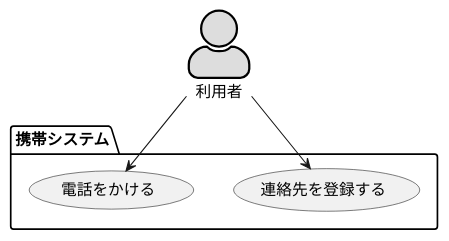
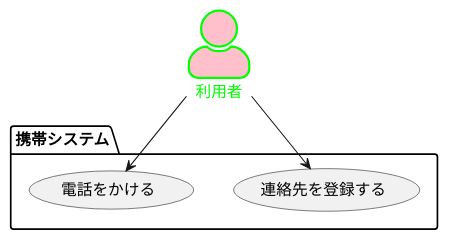
Before and after one commit to kuboi0627/unl-introduction: the diagram in 例題2_UC_システム境界.pu, drawn with PlantUML.

Commit message:
例題２

```diff
--- a/例題2_UC_システム境界.pu
+++ b/例題2_UC_システム境界.pu
@@ -1,11 +1,11 @@
 @startuml ユースケース図
-skinparam actorStyle awesome
+skinparam actorStyle awesome 
 ' left to right direction
-actor #pink;line:red;line.bold;text:red 利用者 #DDDDDD;line:black;line.bold;
+actor 利用者 #pink;line:Lime;line.bold;text:lime;
 package 携帯システム {
 usecase 連絡先を登録する
 usecase 電話をかける
 }
 利用者 --> 連絡先を登録する
 利用者 --> 電話をかける
 @enduml
```
